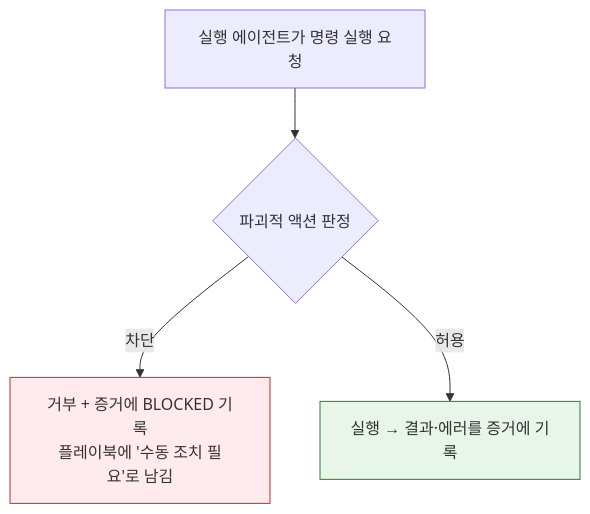
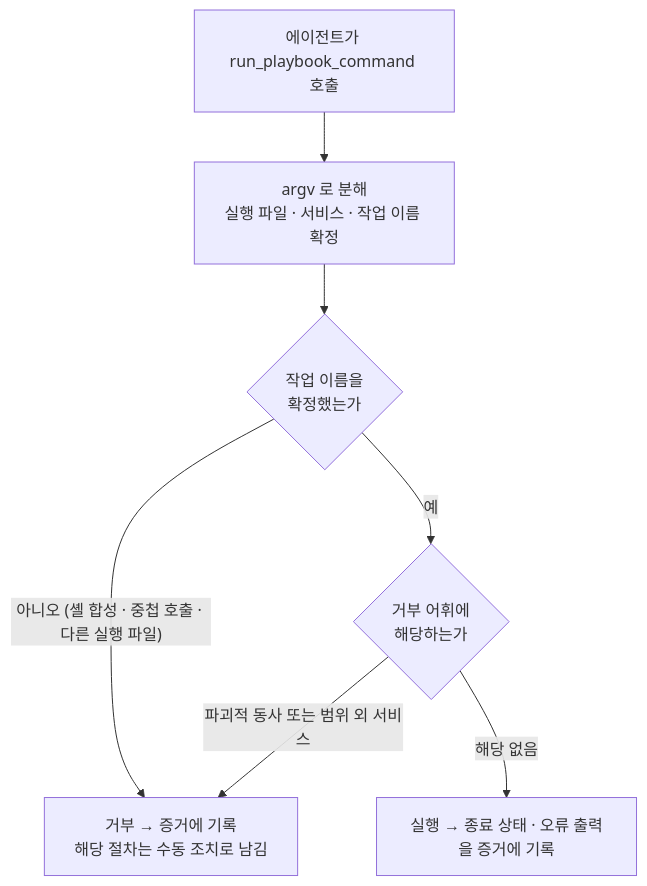
The third of 4 diagrams in docs/rca-to-remediation-flow.md (haandol/rca-agent), drawn with Mermaid before and after one commit. The commit also changed other lines of this file and 7 other files, not shown here.

````diff
--- a/docs/rca-to-remediation-flow.md
+++ b/docs/rca-to-remediation-flow.md
@@ -220,9 +160,15 @@
 ```mermaid
 flowchart TB
-    C["실행 에이전트가 명령 실행 요청"] --> G{"파괴적 액션 판정"}
-    G -->|"차단"| D["거부 + 증거에 BLOCKED 기록<br/>플레이북에 '수동 조치 필요'로 남김"]
-    G -->|"허용"| A["실행 → 결과·에러를 증거에 기록"]
+    C["에이전트가 run_playbook_command 호출"]
+    P["argv 로 분해<br/>실행 파일 · 서비스 · 작업 이름 확정"]
+    U{"작업 이름을<br/>확정했는가"}
+    D{"거부 어휘에<br/>해당하는가"}
+    RUN["실행 → 종료 상태 · 오류 출력을 증거에 기록"]
+    REF["거부 → 증거에 기록<br/>해당 절차는 수동 조치로 남김"]
 
-    style D fill:#ffebee,stroke:#c62828
-    style A fill:#e8f5e9,stroke:#2e7d32
+    C --> P --> U
+    U -->|"아니오 (셸 합성 · 중첩 호출 · 다른 실행 파일)"| REF
+    U -->|"예"| D
+    D -->|"파괴적 동사 또는 범위 외 서비스"| REF
+    D -->|"해당 없음"| RUN
 ```
````
